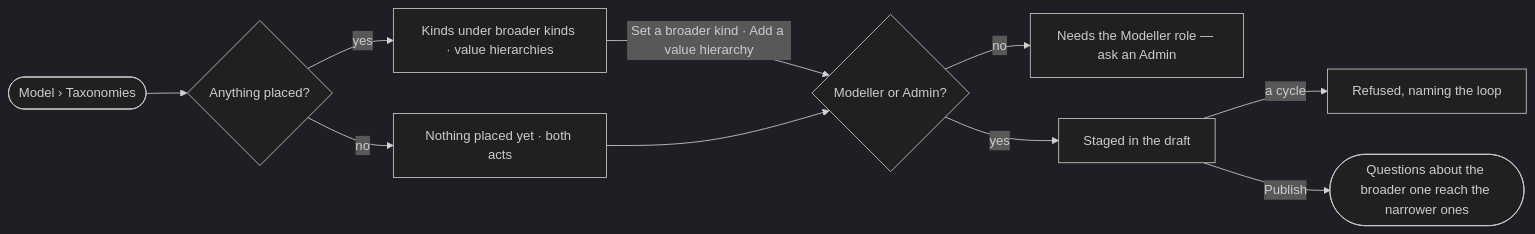
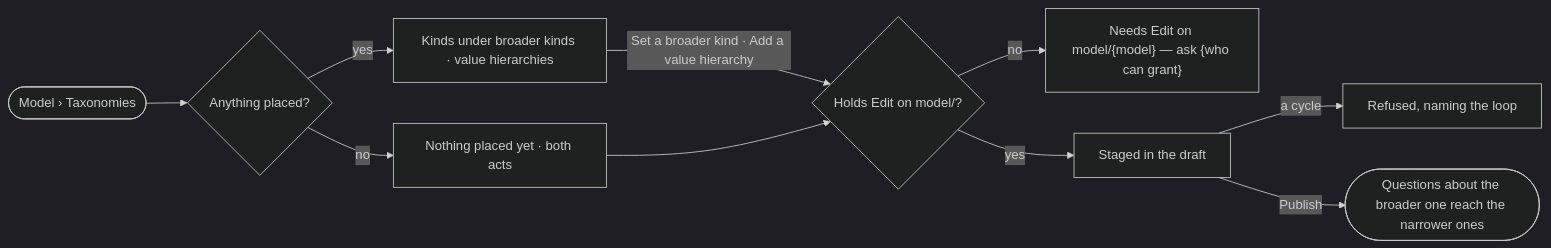
Before and after one commit to invana/invana: the diagram in specs/capabilities/semantics/features/SE-F04-taxonomies/stories/SE-21-place-kinds-and-values-under-broader-ones/story.md, drawn with Mermaid (dark theme). The commit also changed other lines of this file and 228 other files, not shown here.

````diff
--- a/specs/capabilities/semantics/features/SE-F04-taxonomies/stories/SE-21-place-kinds-and-values-under-broader-ones/story.md
+++ b/specs/capabilities/semantics/features/SE-F04-taxonomies/stories/SE-21-place-kinds-and-values-under-broader-ones/story.md
@@ -28,12 +28,12 @@
 ```mermaid
 flowchart LR
   a([Model › Taxonomies]) --> t{Anything placed?}
   t -->|no| e["Nothing placed yet · both acts"]
   t -->|yes| r["Kinds under broader kinds · value hierarchies"]
-  r -->|Set a broader kind · Add a value hierarchy| c{Modeller or Admin?}
+  r -->|Set a broader kind · Add a value hierarchy| c{"Holds Edit on model/<model>?"}
   e --> c
-  c -->|no| na["Needs the Modeller role — ask an Admin"]
+  c -->|no| na["Needs Edit on model/{model} — ask {who can grant}"]
   c -->|yes| s["Staged in the draft"]
   s -->|a cycle| x["Refused, naming the loop"]
   s -->|Publish| p(["Questions about the broader one reach the narrower ones"])
 ```
````
